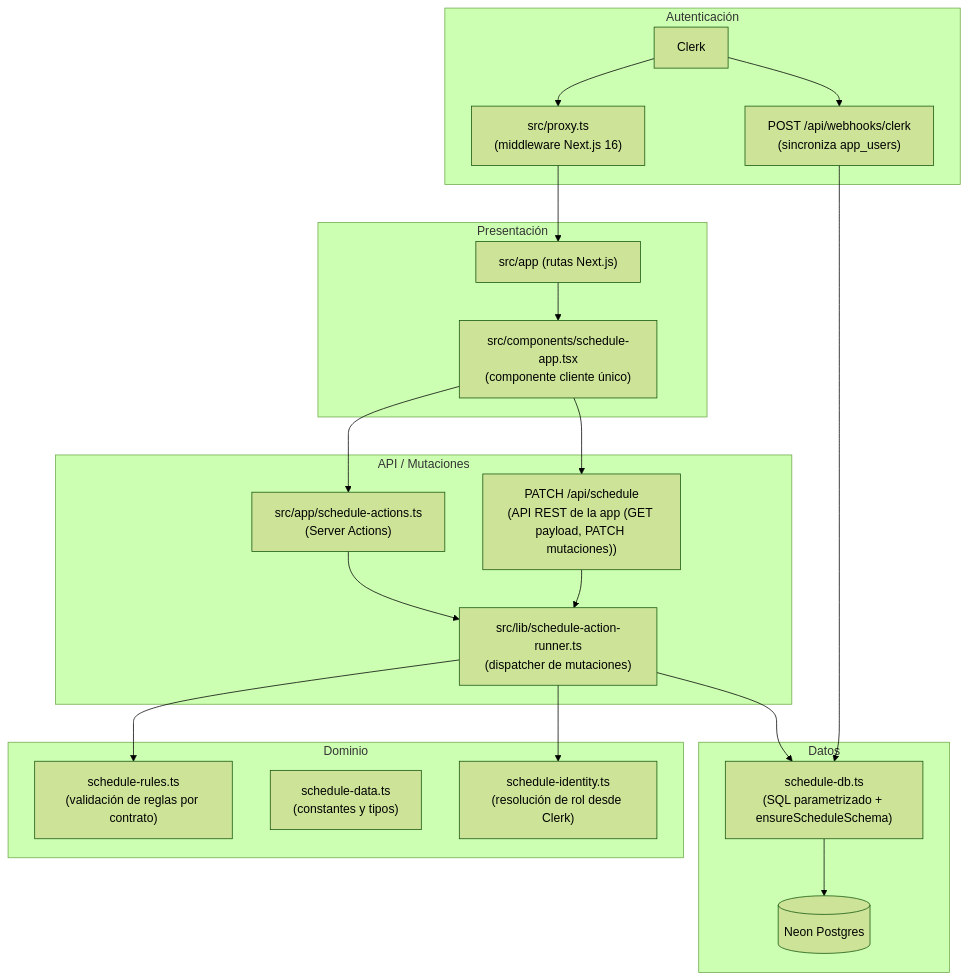
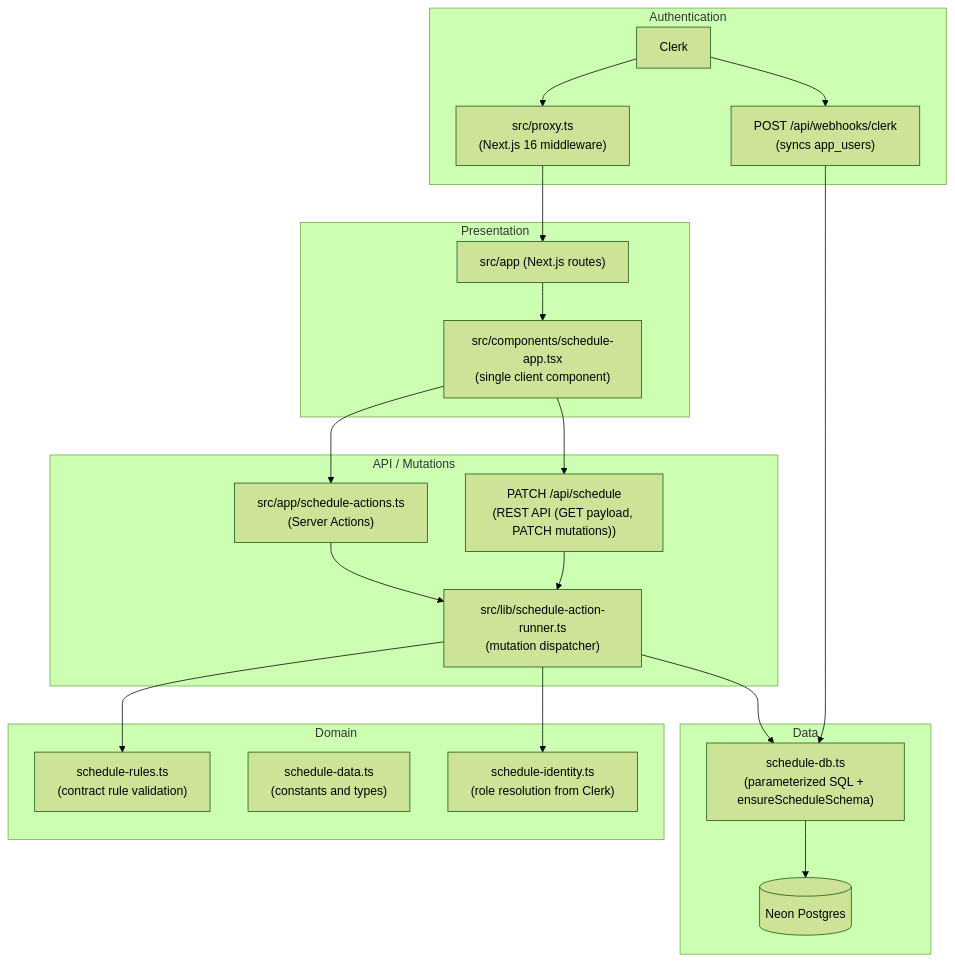
The diagram in docs/architecture.md (hhwjsw711/horarios-fisi), drawn with Mermaid (forest theme) before and after one commit. The commit also changed other lines of this file and 5 other files, not shown here.

````diff
--- a/docs/architecture.md
+++ b/docs/architecture.md
@@ -15,44 +15,44 @@
 ```mermaid
 flowchart TB
-    subgraph Front["Presentación"]
-        A["src/app (rutas Next.js)"]
-        B["src/components/schedule-app.tsx\n(componente cliente único)"]
+    subgraph Front["Presentation"]
+        A["src/app (Next.js routes)"]
+        B["src/components/schedule-app.tsx\n(single client component)"]
     end
 
-    subgraph API["API / Mutaciones"]
+    subgraph API["API / Mutations"]
         C["src/app/schedule-actions.ts\n(Server Actions)"]
-        D["PATCH /api/schedule\n(API REST de la app (GET payload, PATCH mutaciones))"]
-        E["src/lib/schedule-action-runner.ts\n(dispatcher de mutaciones)"]
+        D["PATCH /api/schedule\n(REST API (GET payload, PATCH mutations))"]
+        E["src/lib/schedule-action-runner.ts\n(mutation dispatcher)"]
     end
 
-    subgraph Domain["Dominio"]
-        F["schedule-rules.ts\n(validación de reglas por contrato)"]
-        G["schedule-data.ts\n(constantes y tipos)"]
-        H["schedule-identity.ts\n(resolución de rol desde Clerk)"]
+    subgraph Domain["Domain"]
+        F["schedule-rules.ts\n(contract rule validation)"]
+        G["schedule-data.ts\n(constants and types)"]
+        H["schedule-identity.ts\n(role resolution from Clerk)"]
     end
 
-    subgraph Data["Datos"]
-        I["schedule-db.ts\n(SQL parametrizado + ensureScheduleSchema)"]
+    subgraph Data["Data"]
+        I["schedule-db.ts\n(parameterized SQL + ensureScheduleSchema)"]
         J[("Neon Postgres")]
     end
 
-    subgraph Auth["Autenticación"]
+    subgraph Auth["Authentication"]
         K["Clerk"]
-        L["src/proxy.ts\n(middleware Next.js 16)"]
-        M["POST /api/webhooks/clerk\n(sincroniza app_users)"]
+        L["src/proxy.ts\n(Next.js 16 middleware)"]
+        M["POST /api/webhooks/clerk\n(syncs app_users)"]
     end
 
     A --> B
     B --> C
     B --> D
     C --> E
     D --> E
     E --> F
     E --> H
     E --> I
     I --> J
     K --> L
     K --> M
     M --> I
     L --> A
 ```
````
